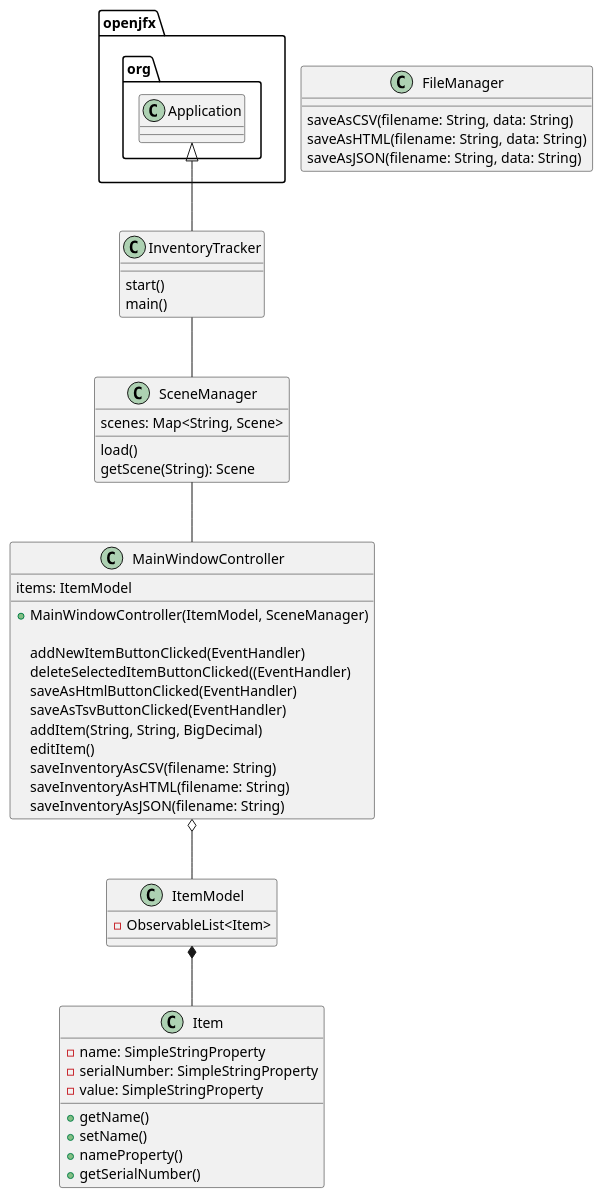
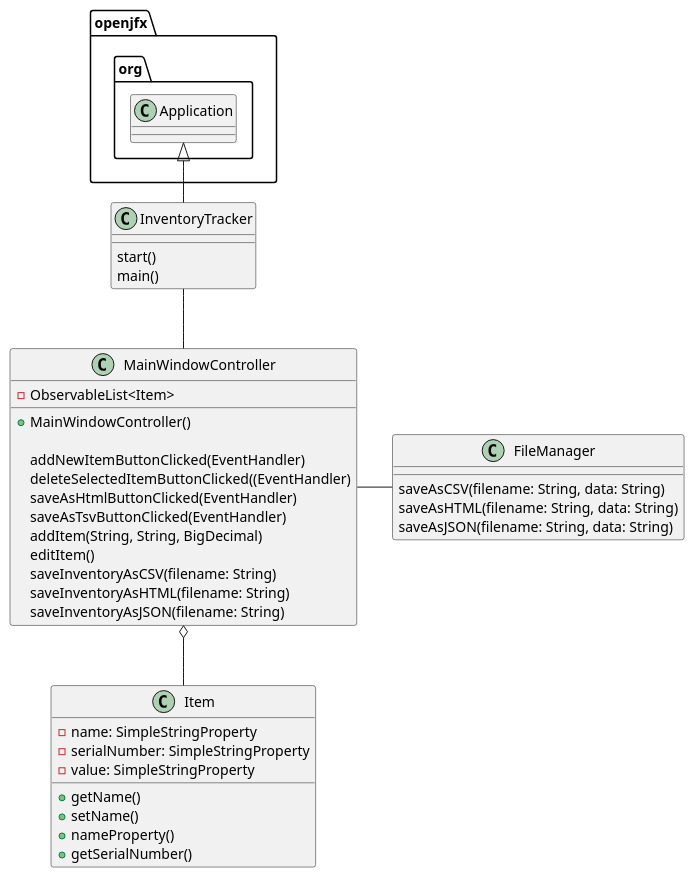
One commit to cepedaj0601/cepeda-0736-a5 changed the diagram in uml/exercise56.puml. Above: the diagram before and after it, drawn with PlantUML. The commit also changed 3 other files, not shown here.

```diff
--- a/uml/exercise56.puml
+++ b/uml/exercise56.puml
@@ -1,61 +1,49 @@
 @startuml
 
 class InventoryTracker {
     start()
     main()
 }
 
-class SceneManager {
-    scenes: Map<String, Scene>
+class MainWindowController {
 
-    load()
-    getScene(String): Scene
-}
-
-class MainWindowController {
-    items: ItemModel
-
-    + MainWindowController(ItemModel, SceneManager)
+    + MainWindowController()
 
     addNewItemButtonClicked(EventHandler)
     deleteSelectedItemButtonClicked((EventHandler)
     saveAsHtmlButtonClicked(EventHandler)
     saveAsTsvButtonClicked(EventHandler)
 
 
     addItem(String, String, BigDecimal)
     editItem()
     saveInventoryAsCSV(filename: String)
     saveInventoryAsHTML(filename: String)
     saveInventoryAsJSON(filename: String)
-}
 
-class ItemModel {
     - ObservableList<Item>
 }
 
 class Item {
     - name: SimpleStringProperty
     - serialNumber: SimpleStringProperty
     - value: SimpleStringProperty
 
     + getName()
     + setName()
     + nameProperty()
     + getSerialNumber()
     '...
 }
 
 class FileManager {
     saveAsCSV(filename: String, data: String)
     saveAsHTML(filename: String, data: String)
     saveAsJSON(filename: String, data: String)
 }
 
 openjfx.org.Application <|-- InventoryTracker
-InventoryTracker -- SceneManager
-SceneManager -- MainWindowController
-MainWindowController o-- ItemModel
-ItemModel *-- Item
-
+InventoryTracker -- MainWindowController
+MainWindowController - FileManager
+MainWindowController o-- Item
 @enduml
```
